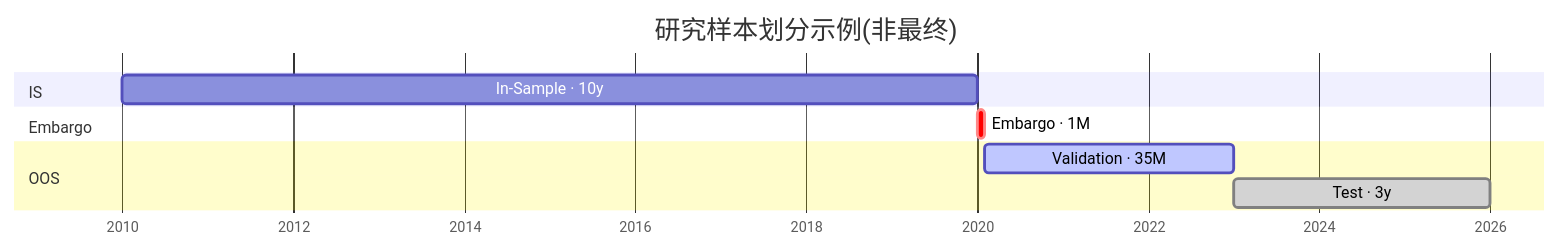
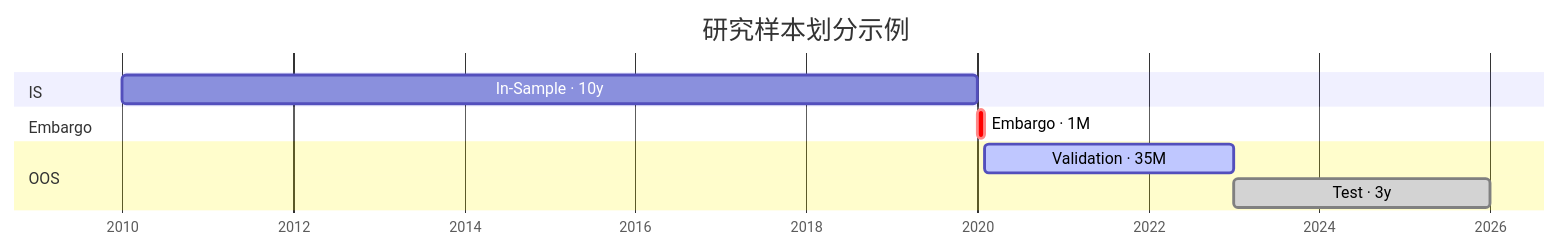
The second of 2 diagrams in research_spec.md (shjunz/factor-based-strategies), drawn with Mermaid before and after one commit. The commit also changed other lines of this file, not shown here.

````diff
--- a/research_spec.md
+++ b/research_spec.md
@@ -865,15 +777,15 @@
 ```mermaid
 gantt
-    title 研究样本划分示例(非最终)
+    title 研究样本划分示例
     dateFormat YYYY-MM
     axisFormat %Y
     tickInterval 1year
 
     section IS
     In-Sample · 10y         :is,   2010-01, 2020-01
     section Embargo
     Embargo · 1M            :crit, emb, 2020-01, 2020-02
     section OOS
     Validation · 35M        :active, val, 2020-02, 2023-01
     Test · 3y               :done, test, 2023-01, 2026-01
 ```
````
